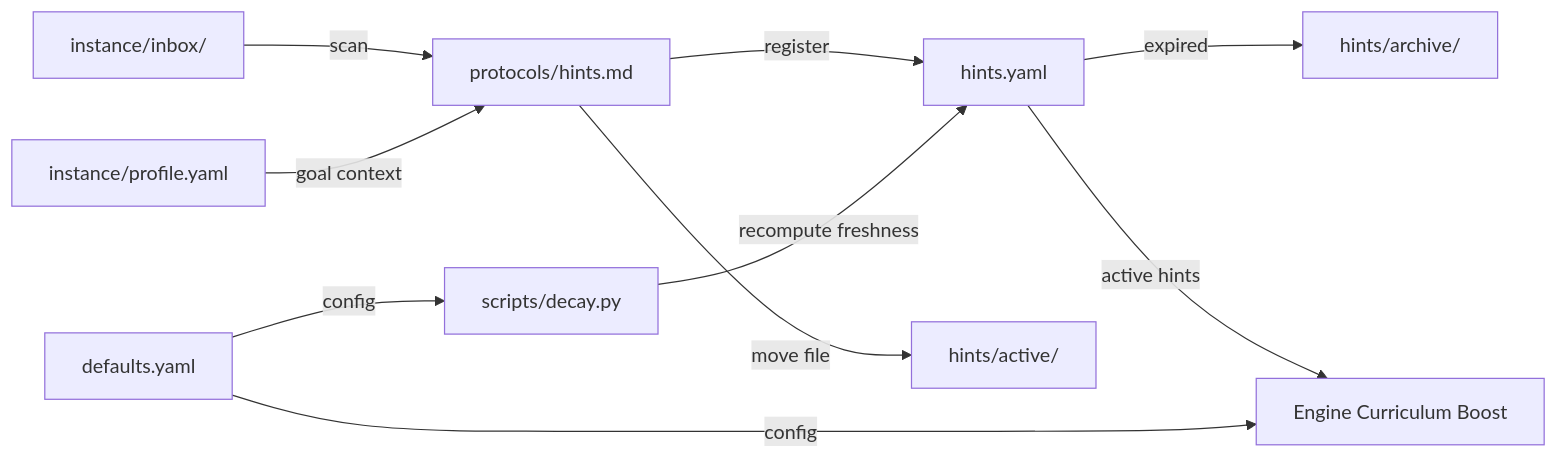
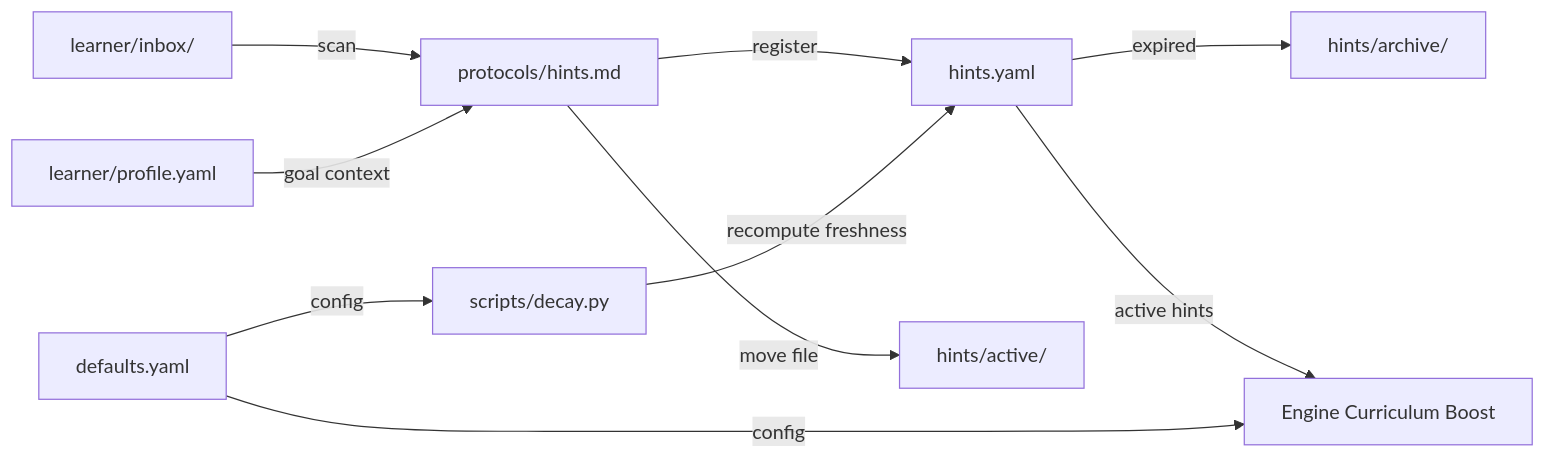
One commit to altakleos/sensei changed the second of 2 diagrams in docs/design/hints-ingestion.md. Above: the diagram before and after it, drawn with Mermaid. The commit also changed other lines of this file and 57 other files, not shown here.

First line of the commit message:
refactor: rename instance/ to learner/ across codebase

````diff
--- a/docs/design/hints-ingestion.md
+++ b/docs/design/hints-ingestion.md
@@ -112,12 +112,12 @@
 ```mermaid
 graph LR
-    inbox[instance/inbox/] -->|scan| triage[protocols/hints.md]
-    profile[instance/profile.yaml] -->|goal context| triage
+    inbox[learner/inbox/] -->|scan| triage[protocols/hints.md]
+    profile[learner/profile.yaml] -->|goal context| triage
     triage -->|register| registry[hints.yaml]
     triage -->|move file| active[hints/active/]
     decay[scripts/decay.py] -->|recompute freshness| registry
     registry -->|expired| archive[hints/archive/]
     registry -->|active hints| engine[Engine Curriculum Boost]
     defaults[defaults.yaml] -->|config| decay
     defaults -->|config| engine
 ```
````
